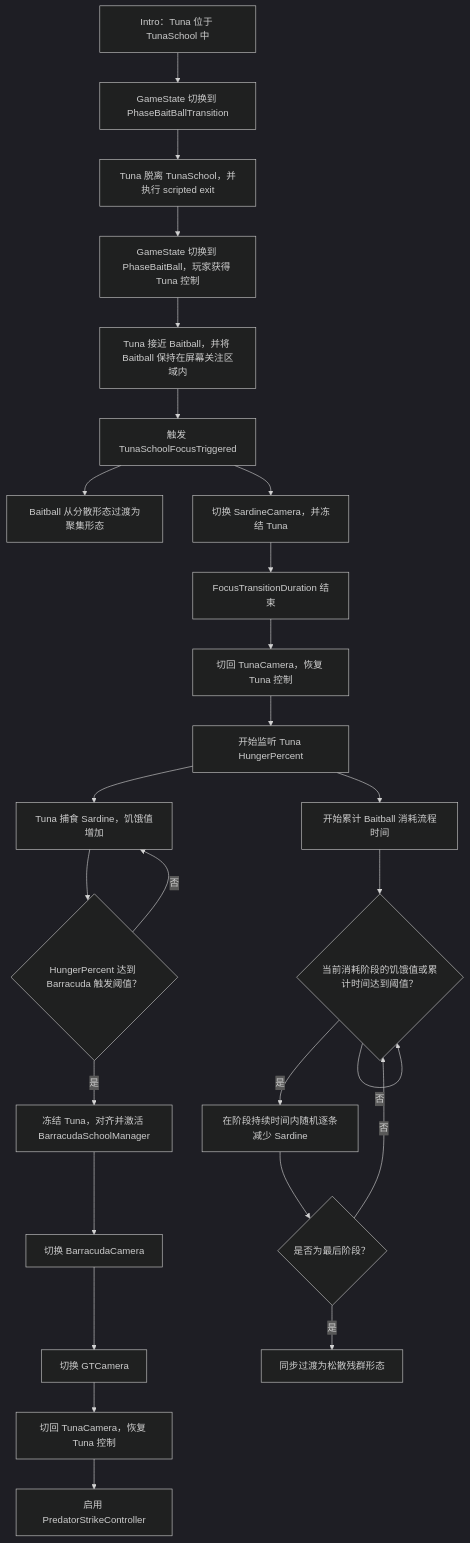
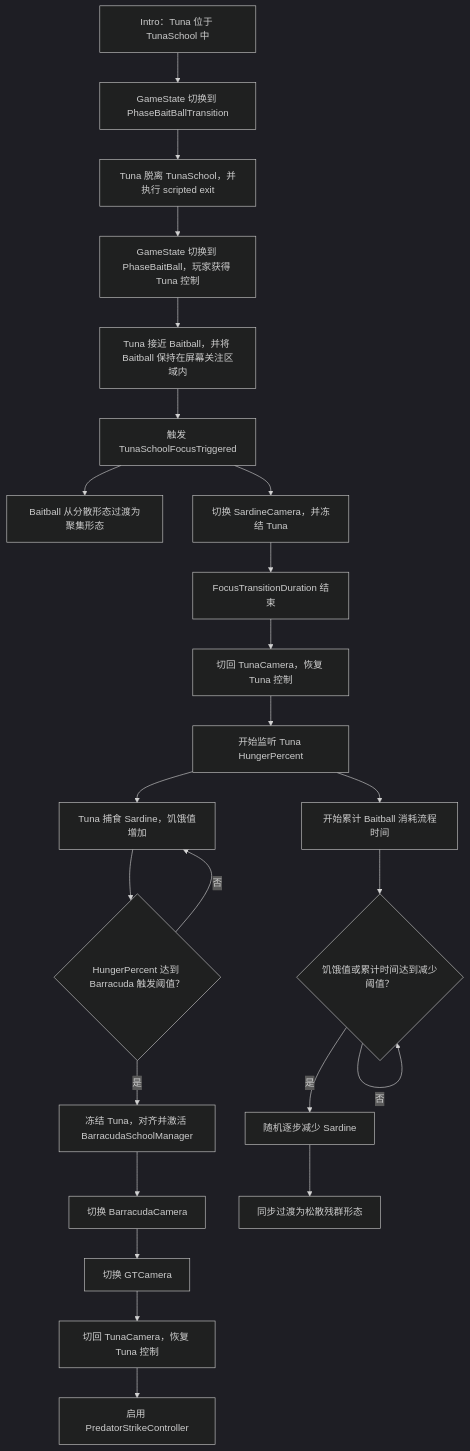
The diagram in docs/gameplay-flow.md (SotaDucks/ProjectBaitBall), drawn with Mermaid (dark theme) before and after one commit. The commit also changed other lines of this file and 3 other files, not shown here.

````diff
--- a/docs/gameplay-flow.md
+++ b/docs/gameplay-flow.md
@@ -7,28 +7,26 @@
 ```mermaid
 flowchart TD
     A["Intro：Tuna 位于 TunaSchool 中"] --> B["GameState 切换到 PhaseBaitBallTransition"]
     B --> C["Tuna 脱离 TunaSchool，并执行 scripted exit"]
     C --> D["GameState 切换到 PhaseBaitBall，玩家获得 Tuna 控制"]
     D --> E["Tuna 接近 Baitball，并将 Baitball 保持在屏幕关注区域内"]
     E --> F["触发 TunaSchoolFocusTriggered"]
     F --> G["Baitball 从分散形态过渡为聚集形态"]
     F --> H["切换 SardineCamera，并冻结 Tuna"]
     H --> I["FocusTransitionDuration 结束"]
     I --> J["切回 TunaCamera，恢复 Tuna 控制"]
     J --> K["开始监听 Tuna HungerPercent"]
     K --> L["Tuna 捕食 Sardine，饥饿值增加"]
     L --> M{"HungerPercent 达到 Barracuda 触发阈值？"}
     M -- "否" --> L
     M -- "是" --> N["冻结 Tuna，对齐并激活 BarracudaSchoolManager"]
     N --> O["切换 BarracudaCamera"]
     O --> P["切换 GTCamera"]
     P --> Q["切回 TunaCamera，恢复 Tuna 控制"]
     Q --> R["启用 PredatorStrikeController"]
     K --> S["开始累计 Baitball 消耗流程时间"]
-    S --> T{"当前消耗阶段的饥饿值或累计时间达到阈值？"}
+    S --> T{"饥饿值或累计时间达到减少阈值？"}
     T -- "否" --> T
-    T -- "是" --> U["在阶段持续时间内随机逐条减少 Sardine"]
-    U --> V{"是否为最后阶段？"}
-    V -- "否" --> T
-    V -- "是" --> W["同步过渡为松散残群形态"]
+    T -- "是" --> U["随机逐步减少 Sardine"]
+    U --> W["同步过渡为松散残群形态"]
 ```
````
